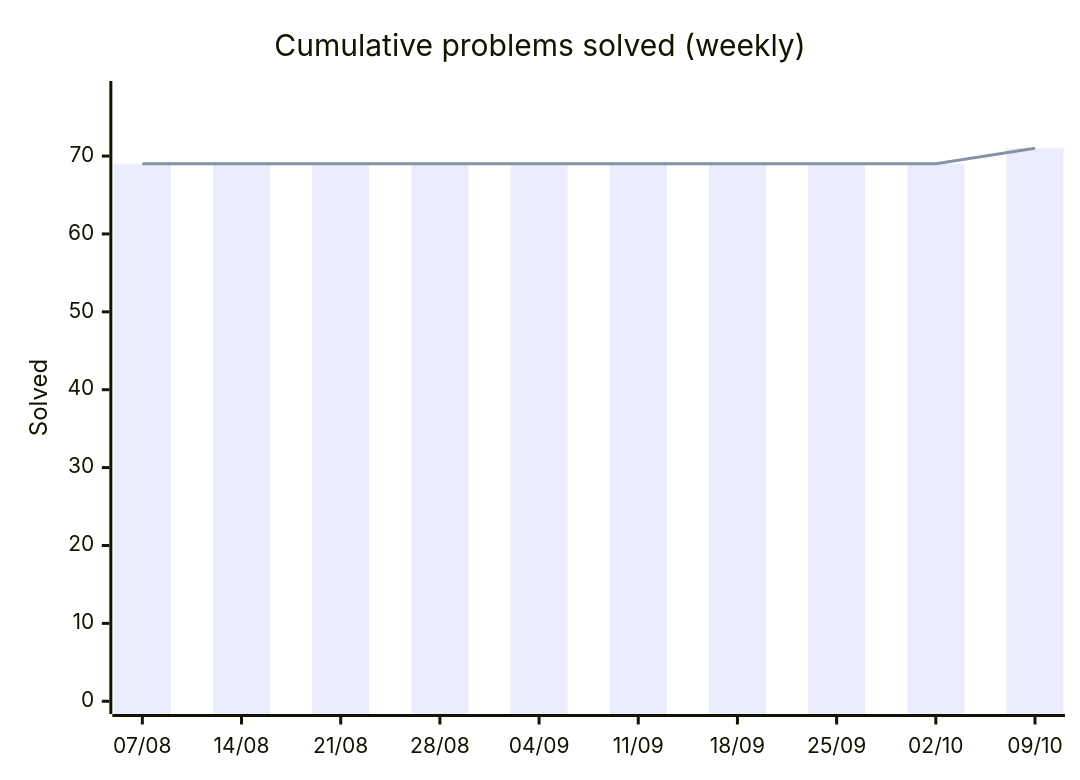
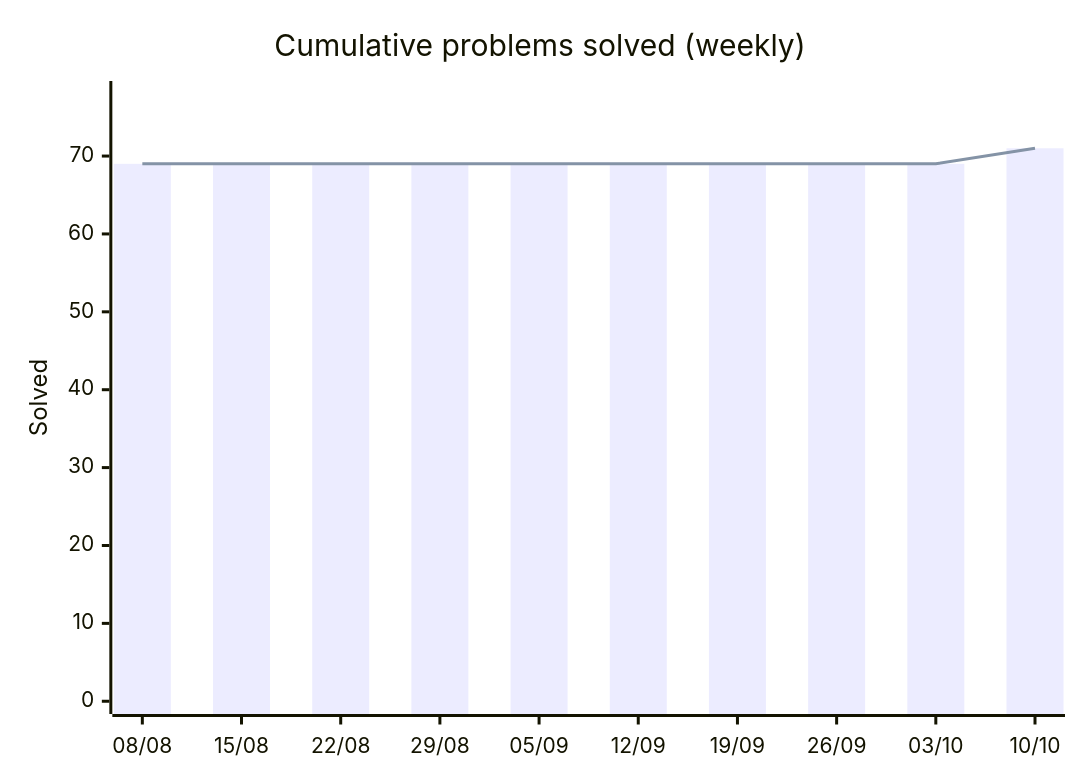
One commit to HarryTrn/TensorTonic-Solutions changed the first of 2 diagrams in README.md. Above: the diagram before and after it, drawn with Mermaid. The commit also changed other lines of this file, not shown here.

Commit message:
docs: auto-update README [skip ci]

````diff
--- a/README.md
+++ b/README.md
@@ -65,8 +65,8 @@
 ```mermaid
 xychart-beta
     title "Cumulative problems solved (weekly)"
-    x-axis ["07/08", "14/08", "21/08", "28/08", "04/09", "11/09", "18/09", "25/09", "02/10", "09/10"]
+    x-axis ["08/08", "15/08", "22/08", "29/08", "05/09", "12/09", "19/09", "26/09", "03/10", "10/10"]
     y-axis "Solved" 0 --> 78
     bar [69, 69, 69, 69, 69, 69, 69, 69, 69, 71]
     line [69, 69, 69, 69, 69, 69, 69, 69, 69, 71]
 ```
````
